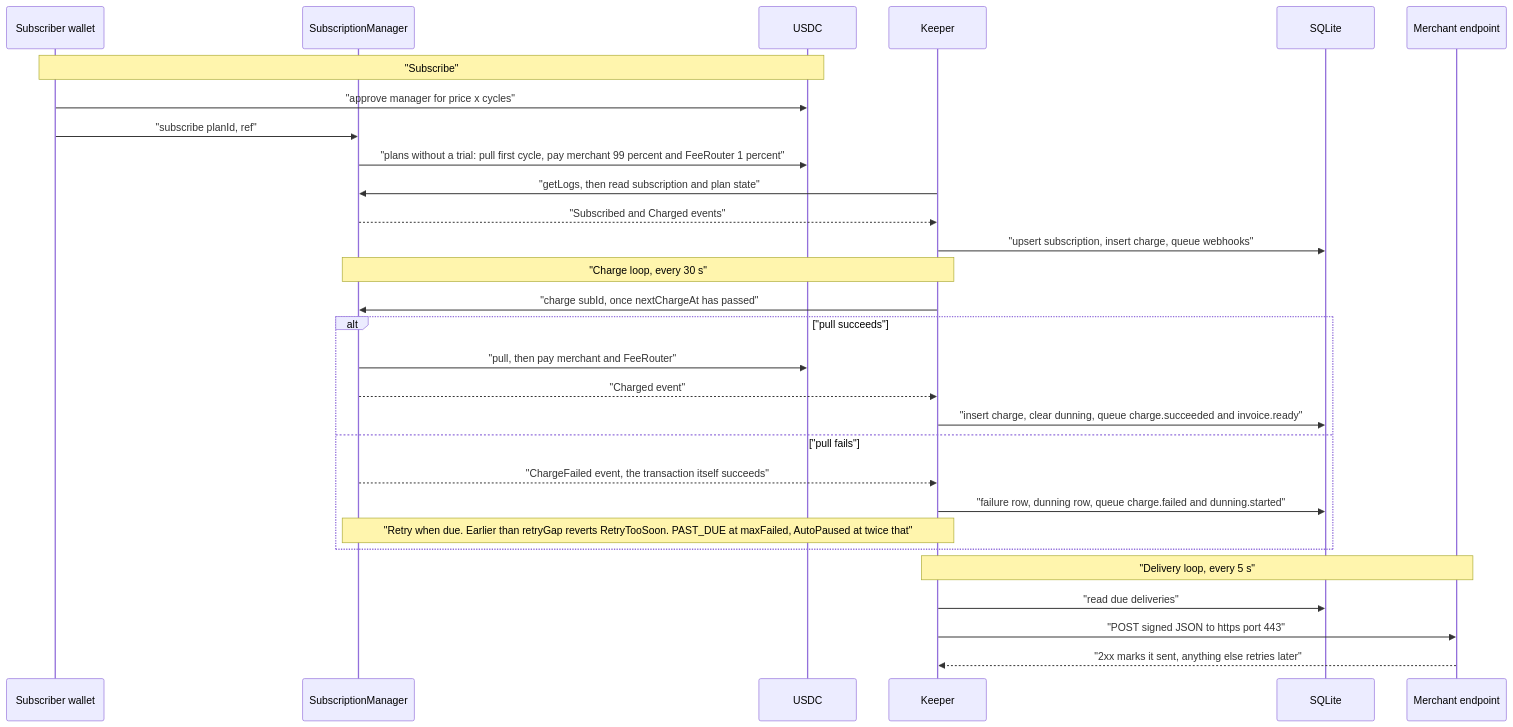
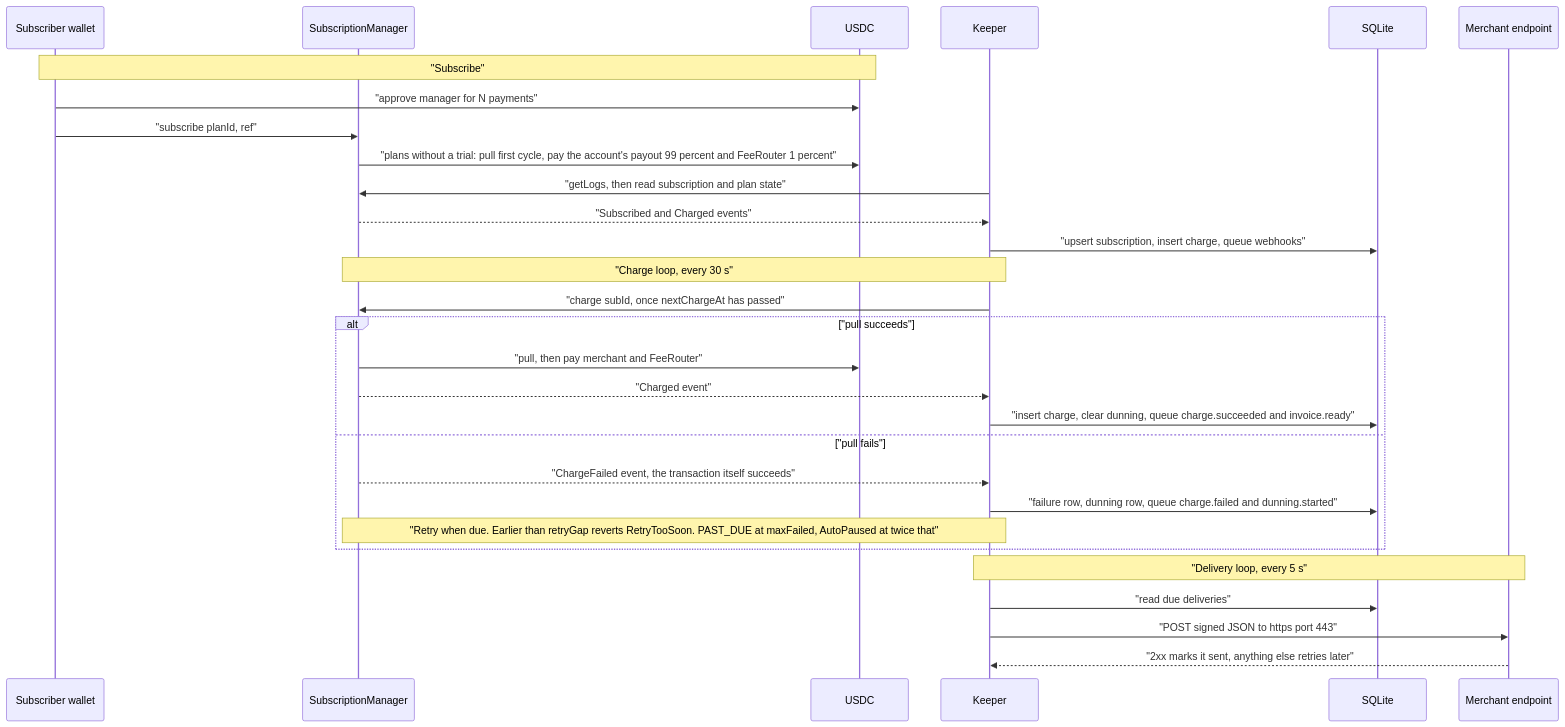
Before and after one commit to RunTimeAdmin/levy: the second of 2 diagrams in docs/wiki/Architecture.md, drawn with Mermaid. The commit also changed other lines of this file and 50 other files, not shown here.

````diff
--- a/docs/wiki/Architecture.md
+++ b/docs/wiki/Architecture.md
@@ -76,31 +78,31 @@
 ```mermaid
 sequenceDiagram
     participant S as Subscriber wallet
     participant M as SubscriptionManager
     participant U as USDC
     participant K as Keeper
     participant D as SQLite
     participant E as Merchant endpoint
     Note over S,U: "Subscribe"
-    S->>U: "approve manager for price x cycles"
+    S->>U: "approve manager for N payments"
     S->>M: "subscribe planId, ref"
-    M->>U: "plans without a trial: pull first cycle, pay merchant 99 percent and FeeRouter 1 percent"
+    M->>U: "plans without a trial: pull first cycle, pay the account's payout 99 percent and FeeRouter 1 percent"
     K->>M: "getLogs, then read subscription and plan state"
     M-->>K: "Subscribed and Charged events"
     K->>D: "upsert subscription, insert charge, queue webhooks"
     Note over K,M: "Charge loop, every 30 s"
     K->>M: "charge subId, once nextChargeAt has passed"
     alt "pull succeeds"
         M->>U: "pull, then pay merchant and FeeRouter"
         M-->>K: "Charged event"
         K->>D: "insert charge, clear dunning, queue charge.succeeded and invoice.ready"
     else "pull fails"
         M-->>K: "ChargeFailed event, the transaction itself succeeds"
         K->>D: "failure row, dunning row, queue charge.failed and dunning.started"
         Note over K,M: "Retry when due. Earlier than retryGap reverts RetryTooSoon. PAST_DUE at maxFailed, AutoPaused at twice that"
     end
     Note over K,E: "Delivery loop, every 5 s"
     K->>D: "read due deliveries"
     K->>E: "POST signed JSON to https port 443"
     E-->>K: "2xx marks it sent, anything else retries later"
 ```
````
